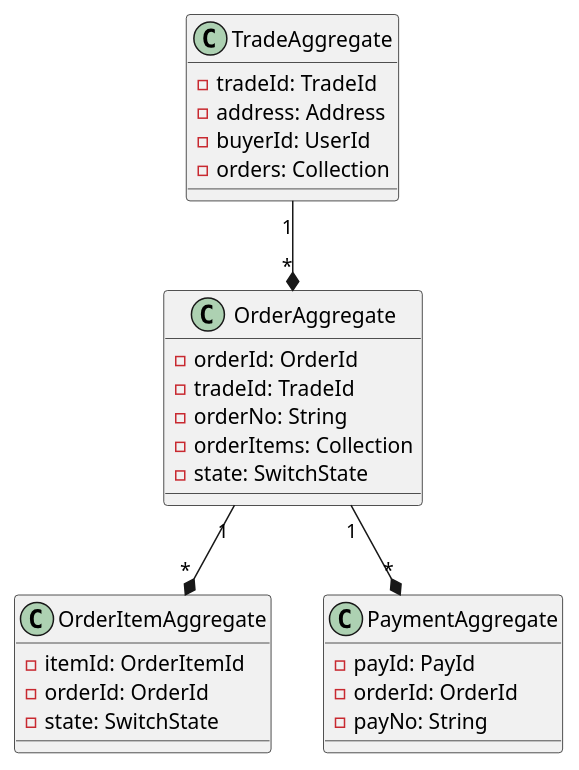
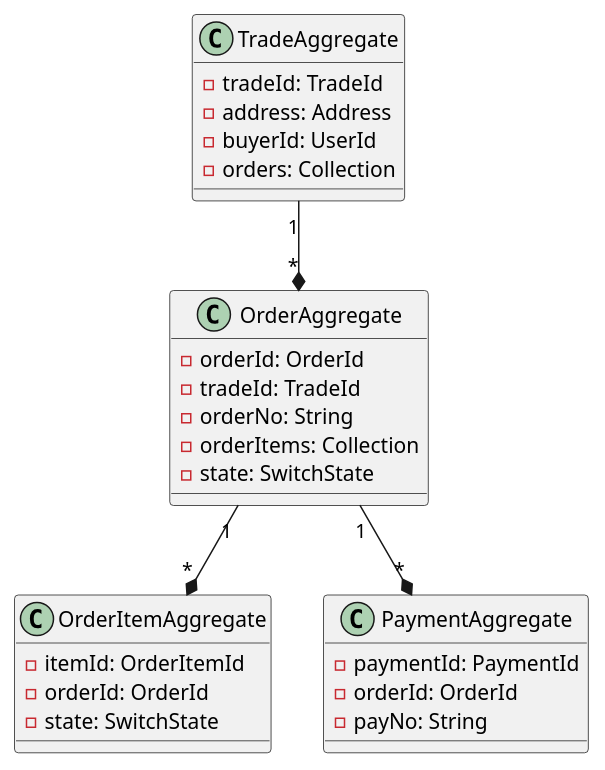
The diagram in documents/dm-order/order_cls_core.puml (xgyb12458/dm-platform), drawn with PlantUML before and after one commit. The commit also changed 5 other files, not shown here.

```diff
--- a/documents/dm-order/order_cls_core.puml
+++ b/documents/dm-order/order_cls_core.puml
@@ -1,31 +1,31 @@
 @startuml 订单管理
 
 class TradeAggregate {
     - tradeId: TradeId
     - address: Address
     - buyerId: UserId
     - orders: Collection
 }
 class OrderAggregate {
     - orderId: OrderId
     - tradeId: TradeId
     - orderNo: String
     - orderItems: Collection
     - state: SwitchState
 }
 class OrderItemAggregate {
     - itemId: OrderItemId
     - orderId: OrderId
     - state: SwitchState
 }
 class PaymentAggregate {
-    - payId: PayId
+    - paymentId: PaymentId
     - orderId: OrderId
     - payNo: String
 }
 
 TradeAggregate "1"--*"*" OrderAggregate
 OrderAggregate "1"--*"*" OrderItemAggregate
 OrderAggregate "1"--*"*" PaymentAggregate
 
 @enduml
```
